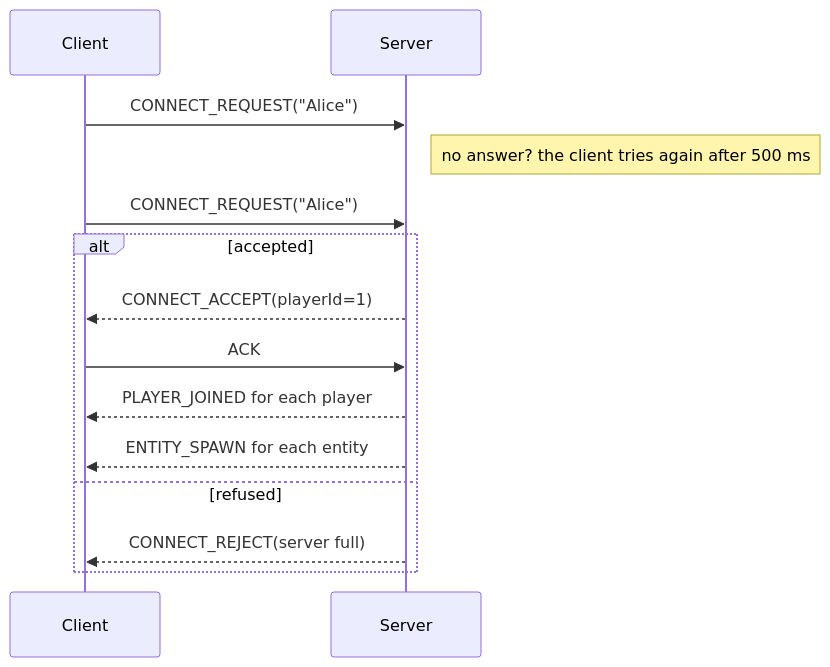
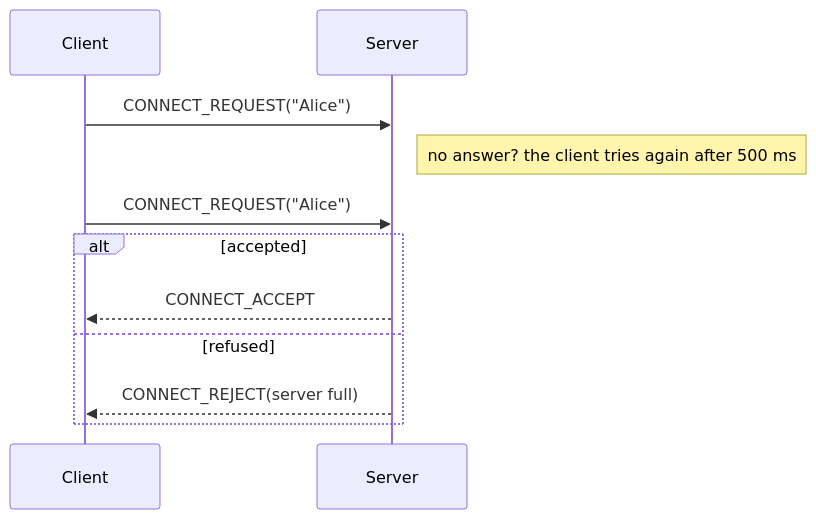
The second of 3 diagrams in docs/mkdocs/protocol/specification.md (Boz0o0/R-Type), drawn with Mermaid before and after one commit. The commit also changed other lines of this file and 6 other files, not shown here.

````diff
--- a/docs/mkdocs/protocol/specification.md
+++ b/docs/mkdocs/protocol/specification.md
@@ -352,16 +462,13 @@
 ```mermaid
 sequenceDiagram
     participant C as Client
     participant S as Server
     C->>S: CONNECT_REQUEST("Alice")
     Note right of S: no answer? the client tries again after 500 ms
     C->>S: CONNECT_REQUEST("Alice")
     alt accepted
-        S-->>C: CONNECT_ACCEPT(playerId=1)
-        C->>S: ACK
-        S-->>C: PLAYER_JOINED for each player
-        S-->>C: ENTITY_SPAWN for each entity
+        S-->>C: CONNECT_ACCEPT
     else refused
         S-->>C: CONNECT_REJECT(server full)
     end
 ```
````
